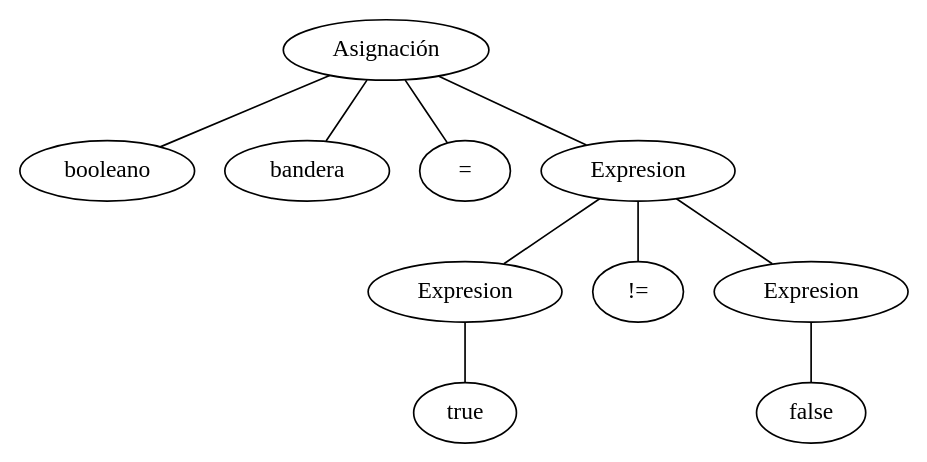
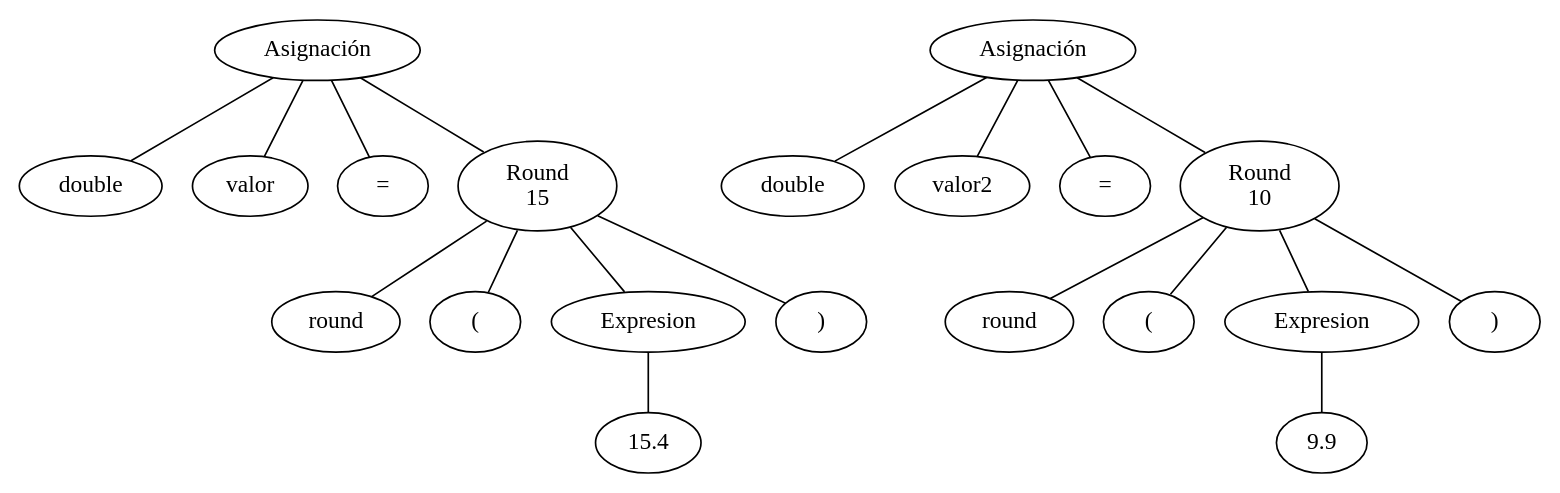
The diagram in Backend/analisisSem/ReportesArchivos/grafo.dot (DanielGarcia-201901103/OLC1_Proyecto2_201901103), drawn with Graphviz before and after one commit. The commit also changed 9 other files, not shown here.

```diff
--- a/Backend/analisisSem/ReportesArchivos/grafo.dot
+++ b/Backend/analisisSem/ReportesArchivos/grafo.dot
@@ -1,21 +1,44 @@
 graph {
 ordering="out"
-1[label="true"]
+1[label="15.4"]
 2[label="Expresion"]
 2--1
-3[label="false"]
-4[label="Expresion"]
-4--3
-5[label="!="]
-6[label="Expresion"]
-6--2
-6--5
-6--4
-7[label="bandera"]
+3[label="Round 
+15"]
+4[label="round"]
+5[label="("]
+6[label=")"]
+3--4
+3--5
+3--2
+3--6
+7[label="valor"]
 8[label="Asignación"]
-8--booleano
+9[label="double"]
+10[label="="]
+8--9
 8--7
-8--"="
-8--6
+8--10
+8--3
+11[label="9.9"]
+12[label="Expresion"]
+12--11
+13[label="Round 
+10"]
+14[label="round"]
+15[label="("]
+16[label=")"]
+13--14
+13--15
+13--12
+13--16
+17[label="valor2"]
+18[label="Asignación"]
+19[label="double"]
+20[label="="]
+18--19
+18--17
+18--20
+18--13
 
 }
```
